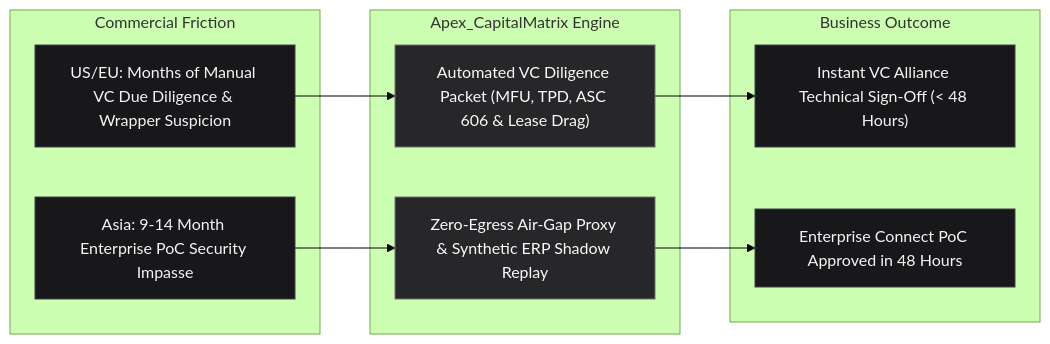
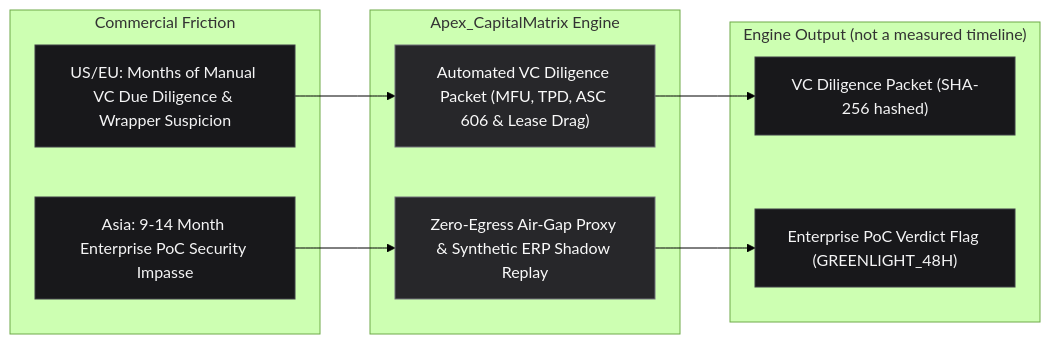
The diagram in docs/COMMERCIAL_SPEC.md (AAH20/apex-capitalmatrix), drawn with Mermaid (forest theme) before and after one commit. The commit also changed other lines of this file and 12 other files, not shown here.

````diff
--- a/docs/COMMERCIAL_SPEC.md
+++ b/docs/COMMERCIAL_SPEC.md
@@ -33,25 +33,25 @@
 ```mermaid
 flowchart LR
     classDef default fill:#18181b,stroke:#3f3f46,stroke-width:1px,color:#f4f4f5;
     classDef highlight fill:#27272a,stroke:#71717a,stroke-width:1px,color:#fafafa;
 
     subgraph Problem ["Commercial Friction"]
         P1["US/EU: Months of Manual VC Due Diligence & Wrapper Suspicion"]
         P2["Asia: 9-14 Month Enterprise PoC Security Impasse"]
     end
 
     subgraph Solution ["Apex_CapitalMatrix Engine"]
         S1["Automated VC Diligence Packet (MFU, TPD, ASC 606 & Lease Drag)"]
         S2["Zero-Egress Air-Gap Proxy & Synthetic ERP Shadow Replay"]
     end
 
-    subgraph Result ["Business Outcome"]
-        R1["Instant VC Alliance Technical Sign-Off (< 48 Hours)"]
-        R2["Enterprise Connect PoC Approved in 48 Hours"]
+    subgraph Result ["Engine Output (not a measured timeline)"]
+        R1["VC Diligence Packet (SHA-256 hashed)"]
+        R2["Enterprise PoC Verdict Flag (GREENLIGHT_48H)"]
     end
 
     P1 --> S1 --> R1
     P2 --> S2 --> R2
 
     class S1,S2 highlight;
 ```
````
